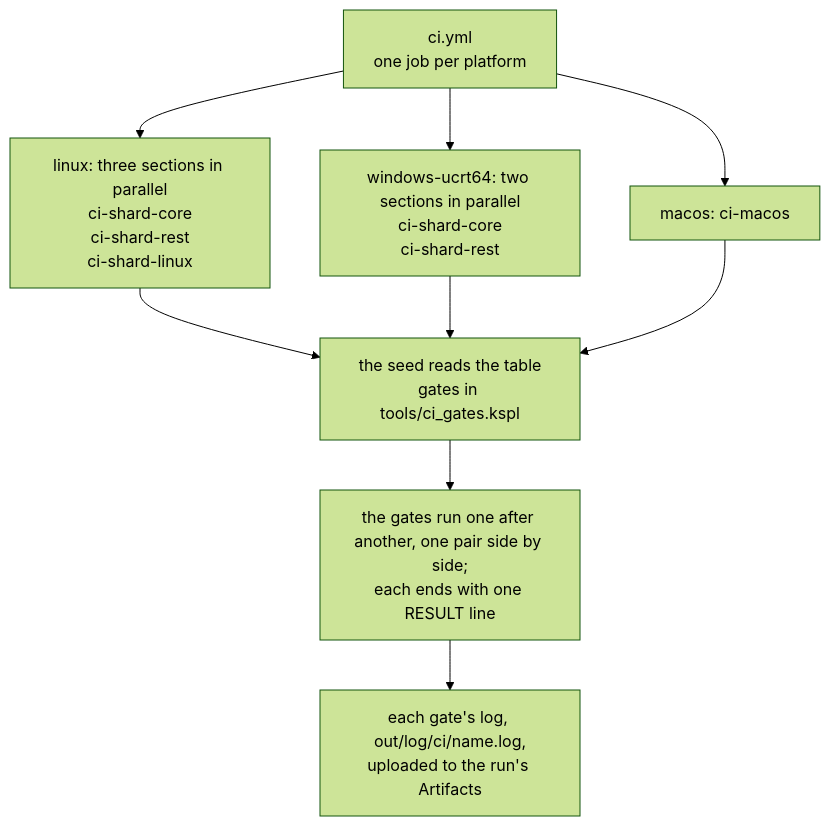
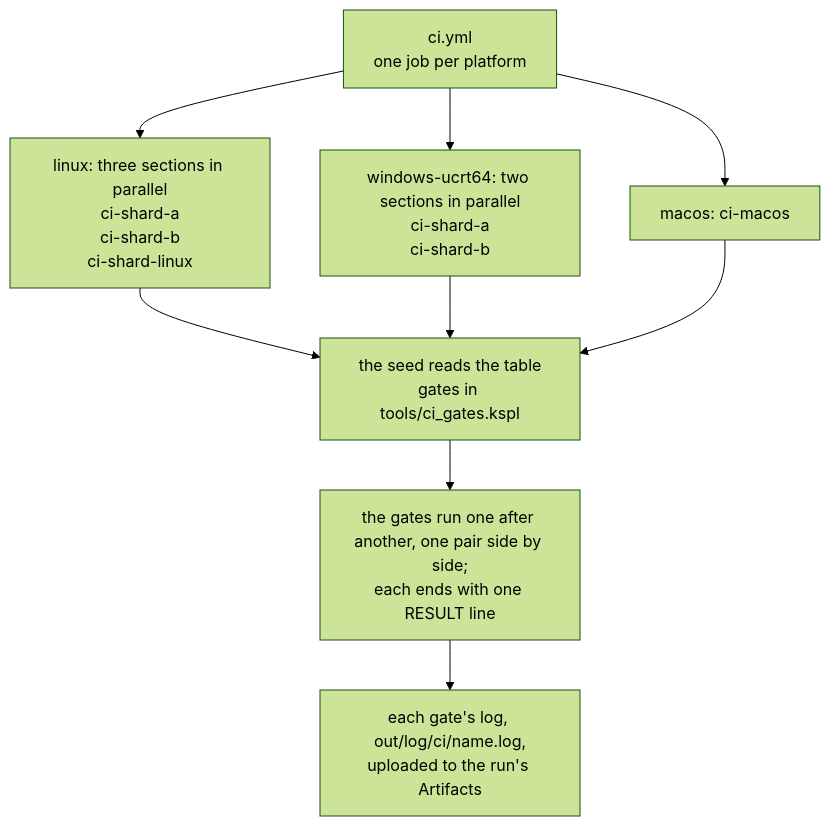
Before and after one commit to kansosystem-org/kspl-experimental: the diagram in docs/SPEC-gates.md, drawn with Mermaid (forest theme). The commit also changed other lines of this file and 302 other files, not shown here.

````diff
--- a/docs/SPEC-gates.md
+++ b/docs/SPEC-gates.md
@@ -130,11 +130,11 @@
 ```mermaid
 flowchart TD
-    W["ci.yml<br/>one job per platform"] --> LX["linux: three sections in parallel<br/>ci-shard-core<br/>ci-shard-rest<br/>ci-shard-linux"]
-    W --> WN["windows-ucrt64: two sections in parallel<br/>ci-shard-core<br/>ci-shard-rest"]
+    W["ci.yml<br/>one job per platform"] --> LX["linux: three sections in parallel<br/>ci-shard-a<br/>ci-shard-b<br/>ci-shard-linux"]
+    W --> WN["windows-ucrt64: two sections in parallel<br/>ci-shard-a<br/>ci-shard-b"]
     W --> MC["macos: ci-macos"]
     LX --> T["the seed reads the table<br/>gates in tools/ci_gates.kspl"]
     WN --> T
     MC --> T
     T --> G["the gates run one after another, one pair side by side;<br/>each ends with one RESULT line"]
     G --> O["each gate's log, out/log/ci/name.log,<br/>uploaded to the run's Artifacts"]
 ```
````
